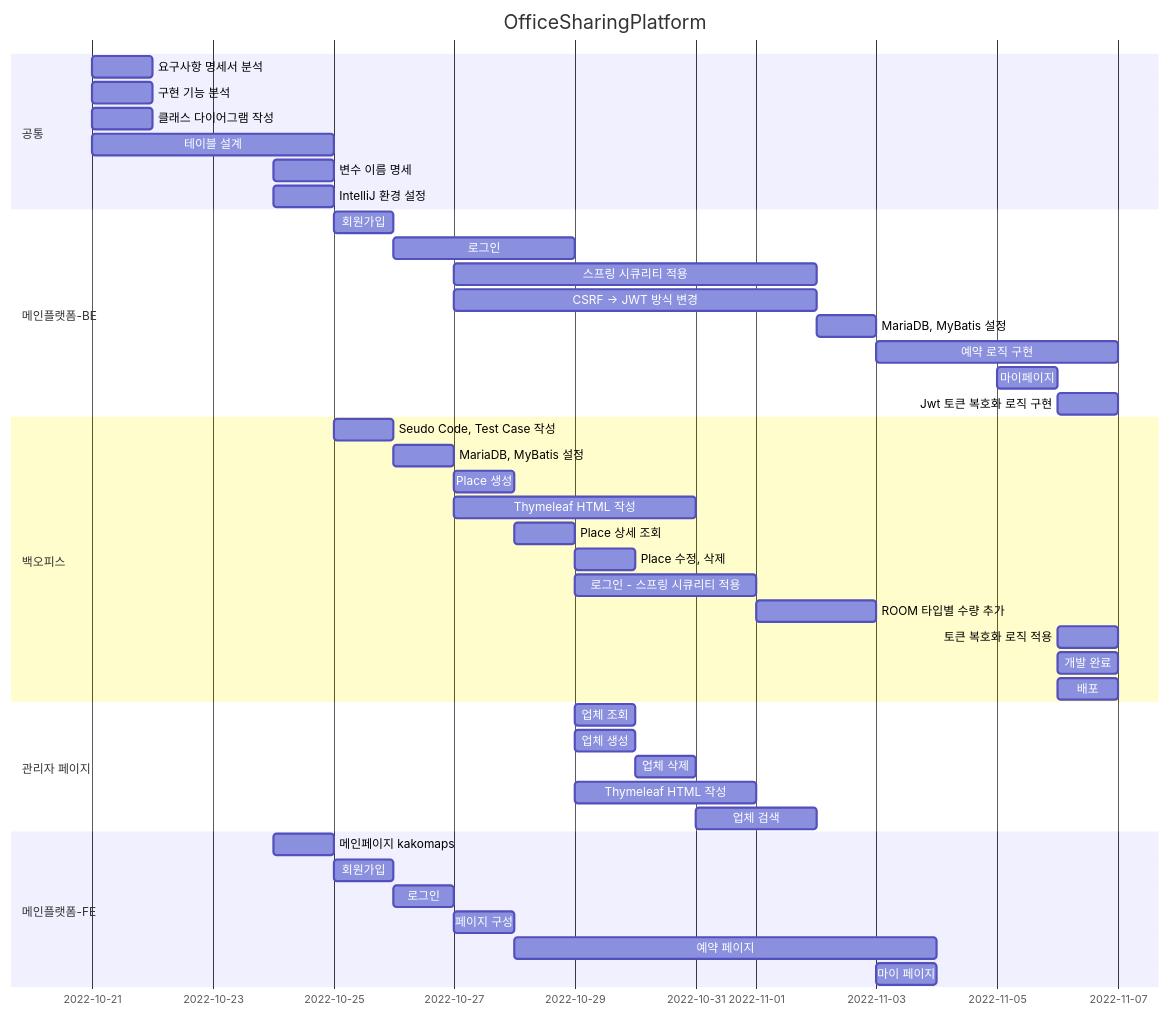
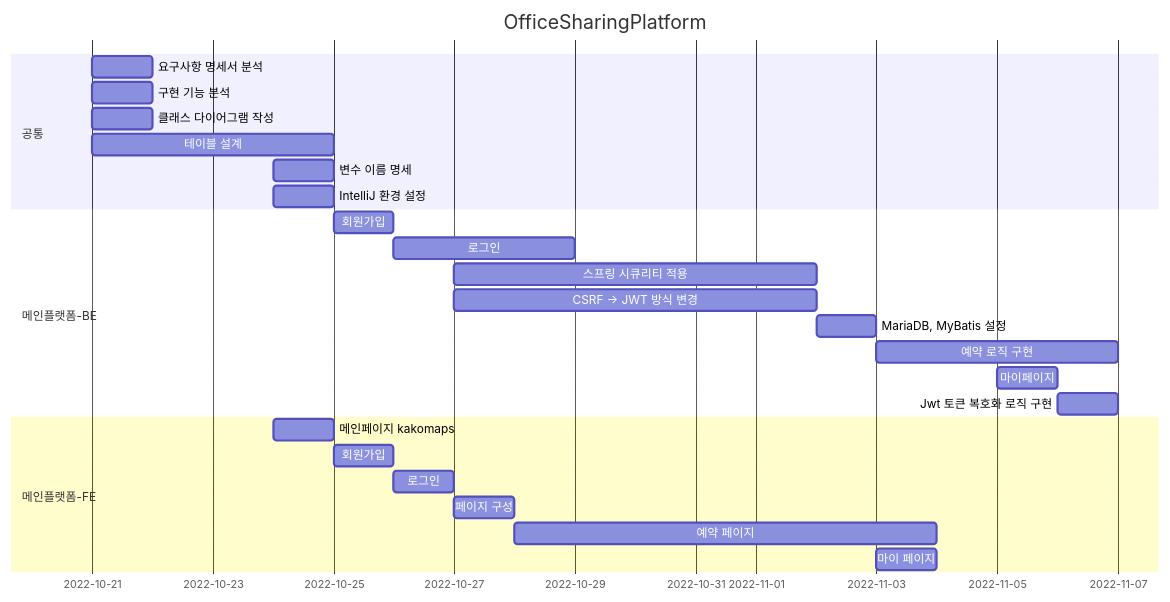
Before and after one commit to Hell-O-Demon-World/semi-OfficeSharingPlatform: the diagram in README.md, drawn with Mermaid.

Commit message:
update : README

````diff
--- a/README.md
+++ b/README.md
@@ -11,52 +11,32 @@
 ```mermaid
 gantt
 dateFormat MM-DD
 title OfficeSharingPlatform
 
     section 공통
     요구사항 명세서 분석      :chap1, 10-21, 1d
     구현 기능 분석          :chap2, 10-21, 1d
     클래스 다이어그램 작성    :chap3, 10-21, 1d
     테이블 설계            :chap4, 10-21, 4d
     변수 이름 명세          :chap5, 10-24, 1d
     IntelliJ 환경 설정     :chap6, 10-24, 1d
 
     section 메인플랫폼-BE
     회원가입                :chap1, 10-25, 1d
     로그인                 :chap2, 10-26, 3d
     스프링 시큐리티 적용       :chap3, 10-27, 6d
     CSRF -> JWT 방식 변경   :chap4, 10-27, 6d
     MariaDB, MyBatis 설정  :chap5, 11-02, 1d
     예약 로직 구현           :chap6, 11-03, 4d
     마이페이지               :chap7, 11-05, 1d
     Jwt 토큰 복호화 로직 구현  :chap8, 11-06, 1d
 
-    section 백오피스
-    Seudo Code, Test Case 작성    :chap1, 10-25, 1d
-    MariaDB, MyBatis 설정         :chap2, 10-26, 1d
-    Place 생성                    :chap3, 10-27, 1d
-    Thymeleaf HTML 작성           :chap4, 10-27, 4d
-    Place 상세 조회                :chap5, 10-28, 1d
-    Place 수정, 삭제               :chap6, 10-29, 1d
-    로그인 - 스프링 시큐리티 적용       :chap7, 10-29, 3d
-    ROOM 타입별 수량 추가            :chap8, 11-01, 2d
-    토큰 복호화 로직 적용             :chap9, 11-06, 1d
-    개발 완료                      :chap10, 11-06, 1d
-    배포                          :chap11, 11-06, 1d
-
-    section 관리자 페이지
-    업체 조회              :chap1, 10-29, 1d
-    업체 생성              :chap2, 10-29, 1d
-    업체 삭제              :chap3, 10-30, 1d
-    Thymeleaf HTML 작성   :chap4, 10-29, 3d
-    업체 검색              :chap5, 10-31, 2d
-
     section 메인플랫폼-FE
     메인페이지 kakomaps     : chap1, 10-24, 1d
     회원가입                :chap2, 10-25, 1d
     로그인                 :chap3, 10-26, 1d
     페이지 구성            :chap4, 10-27, 1d
     예약 페이지            :chap5, 10-28, 7d
     마이 페이지            :chap6, 11-03, 1d
 
 ```
````
